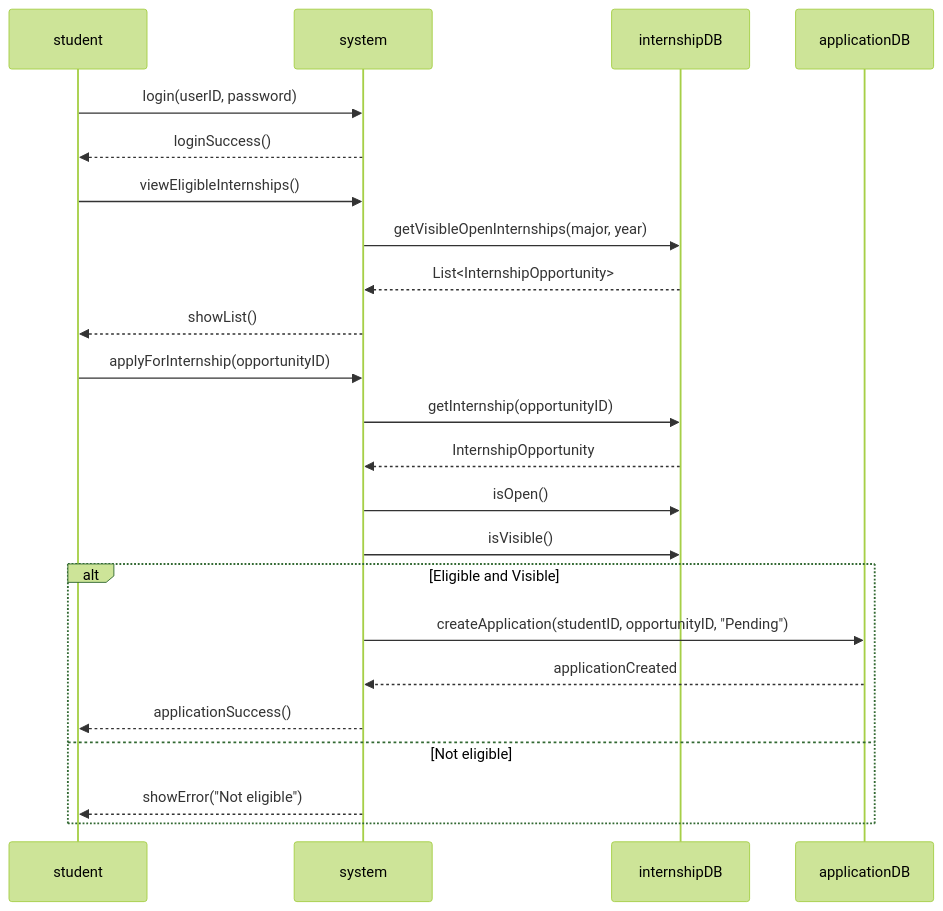
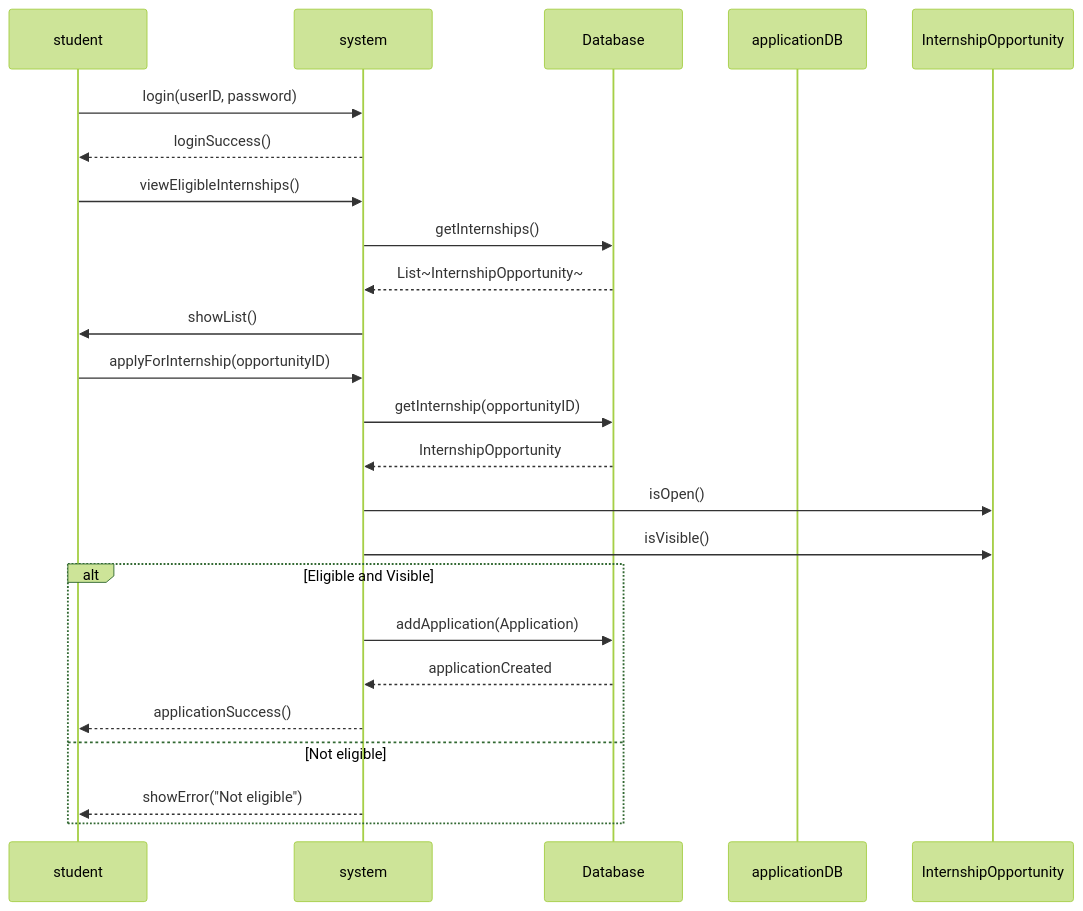
Before and after one commit to AY25-26-Sem-1-SC2002-SDDA-Group-1/sc2002-oop-assignment: the second of 8 diagrams in README.md, drawn with Mermaid (forest theme). The commit also changed other lines of this file, not shown here.

Commit message:
Updated UML diagrams with helper I/O Class

````diff
--- a/README.md
+++ b/README.md
@@ -149,57 +262,57 @@
 ```mermaid
 sequenceDiagram
 
     participant student
 
     participant system
 
-    participant internshipDB
+    participant Database
 
     participant applicationDB
 
   
 
     student->>system: login(userID, password)
 
     system-->>student: loginSuccess()
 
   
 
     student->>system: viewEligibleInternships()
 
-    system->>internshipDB: getVisibleOpenInternships(major, year)
+    system->>Database: getInternships()
 
-    internshipDB-->>system: List<InternshipOpportunity>
+    Database-->>system: List~InternshipOpportunity~
 
-    system-->>student: showList()
+    system->>student: showList()
 
   
 
     student->>system: applyForInternship(opportunityID)
 
-    system->>internshipDB: getInternship(opportunityID)
+    system->>Database: getInternship(opportunityID)
 
-    internshipDB-->>system: InternshipOpportunity
+    Database-->>system: InternshipOpportunity
 
   
 
-    system->>internshipDB: isOpen()
+    system->>InternshipOpportunity: isOpen()
 
-    system->>internshipDB: isVisible()
+    system->>InternshipOpportunity: isVisible()
 
   
 
     alt Eligible and Visible
 
-        system->>applicationDB: createApplication(studentID, opportunityID, "Pending")
+        system->>Database: addApplication(Application)
 
-        applicationDB-->>system: applicationCreated
+        Database-->>system: applicationCreated
 
         system-->>student: applicationSuccess()
 
     else Not eligible
 
         system-->>student: showError("Not eligible")
 
     end
 ```
````
